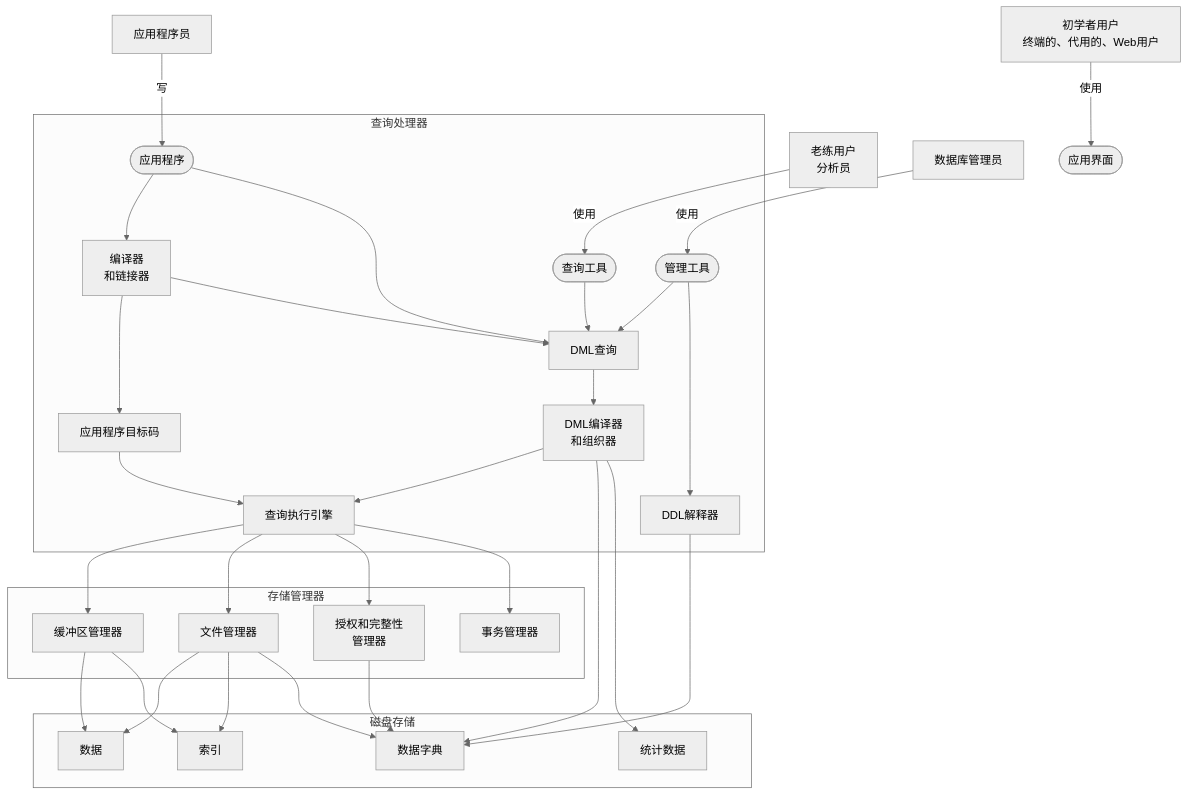
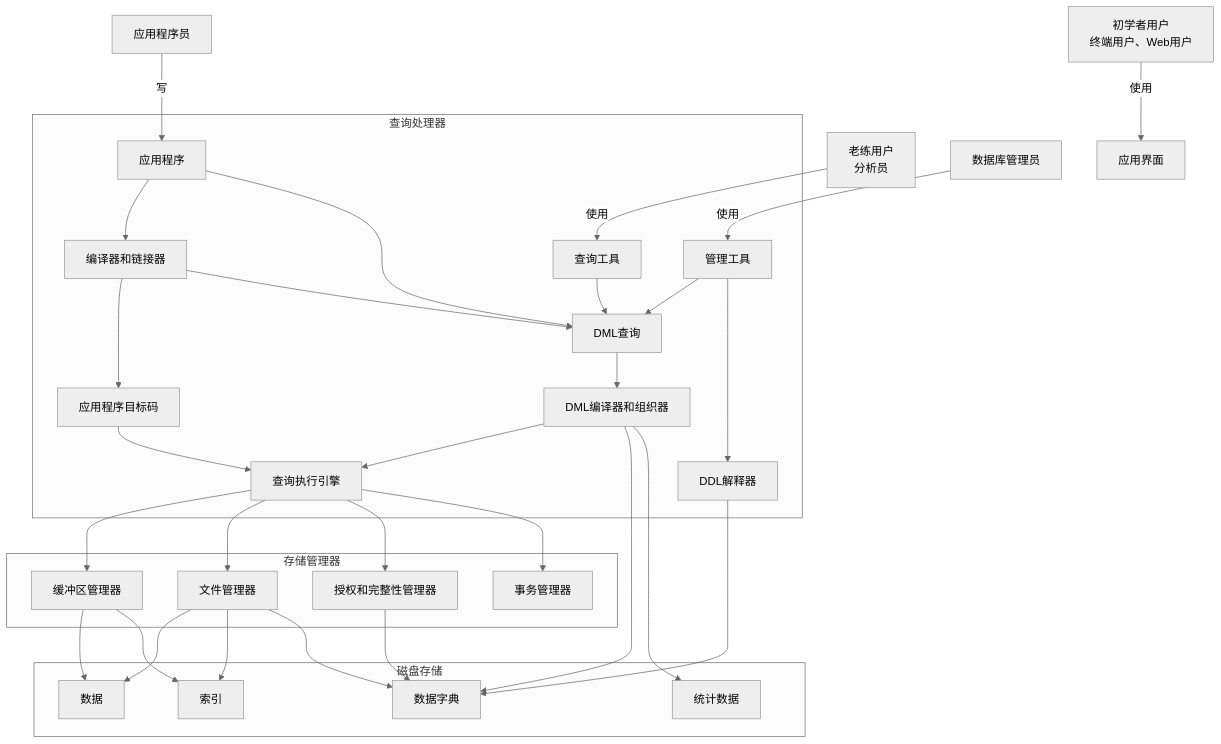
The diagram in docs/posts/dsc-1.md (DonglingMo/my-tech-blog), drawn with Mermaid (neutral theme) before and after one commit.

Commit message:
Update 文章 “dsc-1”

````diff
--- a/docs/posts/dsc-1.md
+++ b/docs/posts/dsc-1.md
@@ -47,66 +47,66 @@
 ```mermaid
 flowchart TD
-    U1[初学者用户<br/>终端的、代用的、Web用户]
-    APPDEV[应用程序员]
-    U2[老练用户<br/>分析员]
-    DBA[数据库管理员]
+    U1["初学者用户<br/>终端用户、Web用户"]
+    APPDEV["应用程序员"]
+    U2["老练用户<br/>分析员"]
+    DBA["数据库管理员"]
 
-    UI([应用界面])
-    APP([应用程序])
-    QUERY([查询工具])
-    ADMIN([管理工具])
+    UI["应用界面"]
+    APP["应用程序"]
+    QUERY["查询工具"]
+    ADMIN["管理工具"]
 
     U1 -->|使用| UI
     APPDEV -->|写| APP
     U2 -->|使用| QUERY
     DBA -->|使用| ADMIN
 
-    subgraph QP[查询处理器]
-        CODE[应用程序目标码]
-        COMP[编译器<br/>和链接器]
-        DML[DML查询]
-        DMLC[DML编译器<br/>和组织器]
-        DDL[DDL解释器]
-        ENGINE[查询执行引擎]
+    subgraph QP["查询处理器"]
+        CODE["应用程序目标码"]
+        COMP["编译器和链接器"]
+        DML["DML查询"]
+        DMLC["DML编译器和组织器"]
+        DDL["DDL解释器"]
+        ENGINE["查询执行引擎"]
 
         APP --> COMP
         COMP --> CODE
         CODE --> ENGINE
         COMP --> DML
         APP --> DML
         QUERY --> DML
         ADMIN --> DML
         ADMIN --> DDL
         DML --> DMLC
         DMLC --> ENGINE
     end
 
-    subgraph SM[存储管理器]
-        BUF[缓冲区管理器]
-        FILE[文件管理器]
-        AUTH[授权和完整性<br/>管理器]
-        TX[事务管理器]
+    subgraph SM["存储管理器"]
+        BUF["缓冲区管理器"]
+        FILE["文件管理器"]
+        AUTH["授权和完整性管理器"]
+        TX["事务管理器"]
 
         ENGINE --> BUF
         ENGINE --> FILE
         ENGINE --> AUTH
         ENGINE --> TX
     end
 
-    subgraph DISK[磁盘存储]
-        DATA[数据]
-        IDX[索引]
-        DICT[数据字典]
-        STAT[统计数据]
+    subgraph DISK["磁盘存储"]
+        DATA["数据"]
+        IDX["索引"]
+        DICT["数据字典"]
+        STAT["统计数据"]
     end
 
     BUF --> DATA
     BUF --> IDX
     FILE --> DATA
     FILE --> IDX
     FILE --> DICT
     DDL --> DICT
     AUTH --> DICT
     DMLC --> DICT
     DMLC --> STAT
 ```
````
